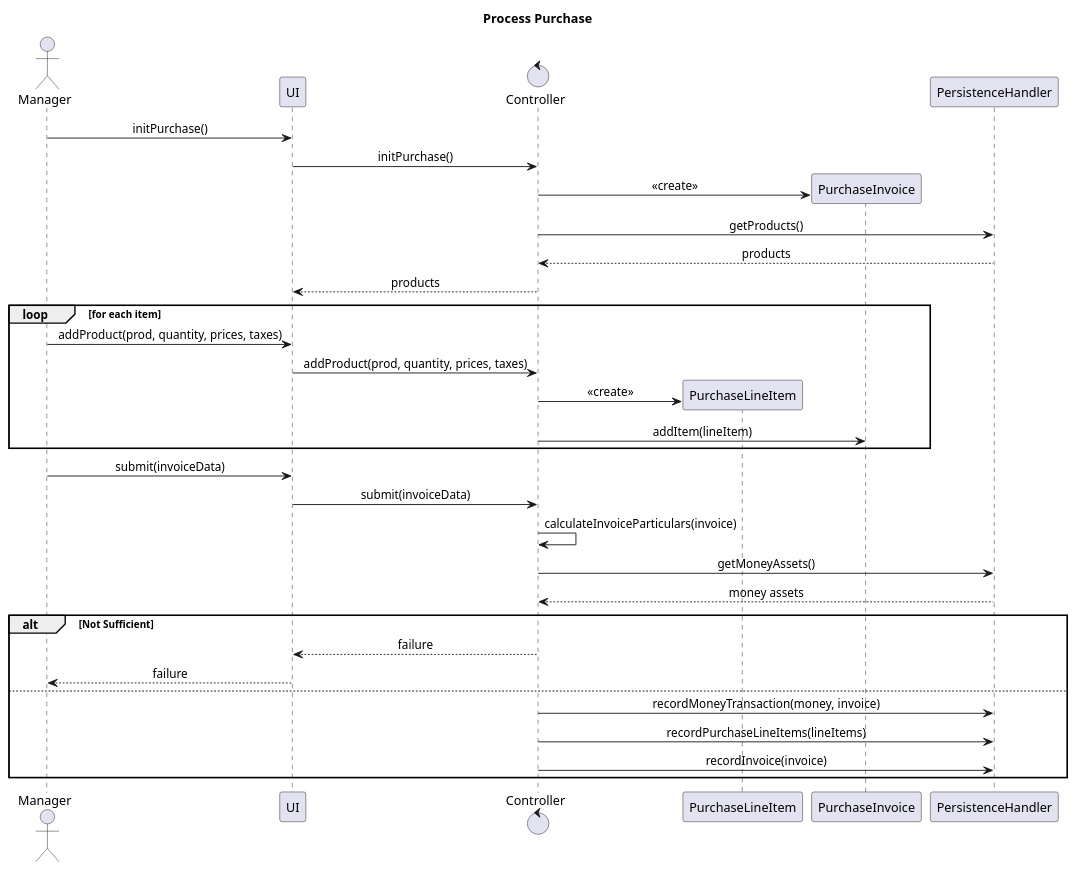
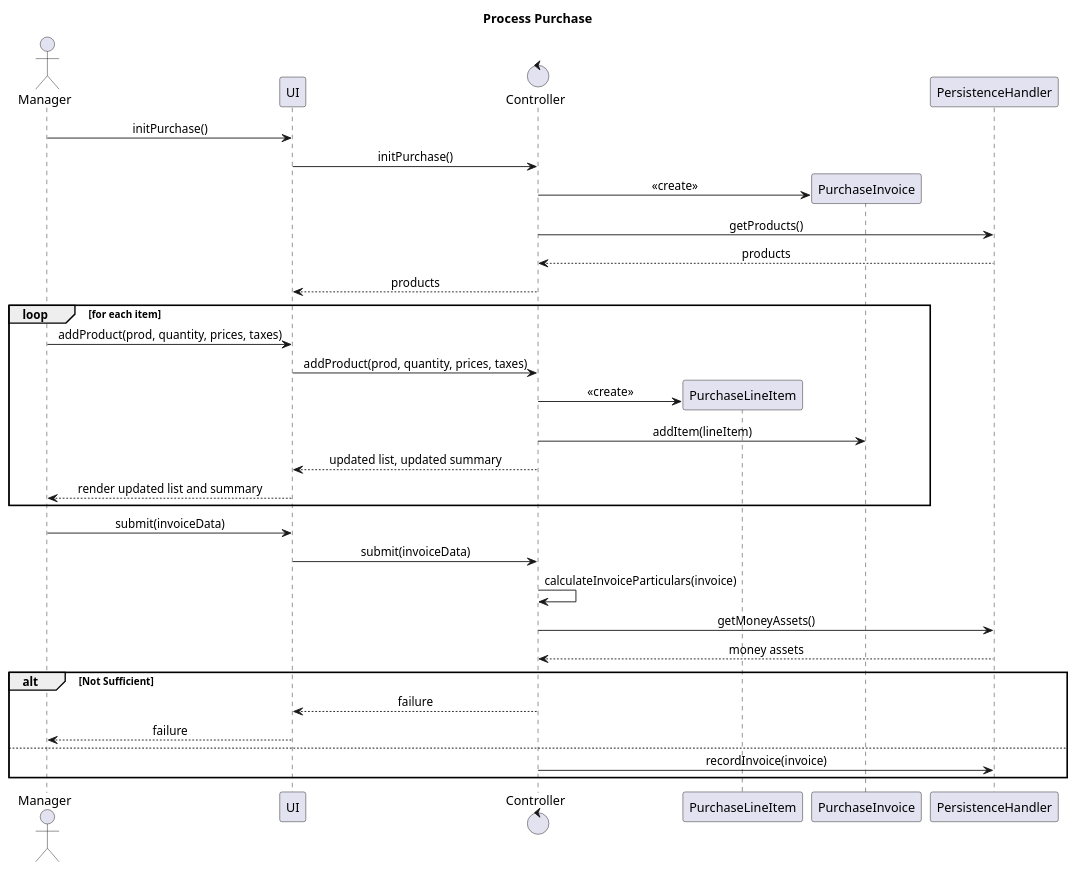
Before and after one commit to kabeer008/SystemDesignProject: the diagram in processPurchase.puml, drawn with PlantUML. The commit also changed 2 other files, not shown here.

Commit message:
Order Record SD Added

```diff
--- a/processPurchase.puml
+++ b/processPurchase.puml
@@ -1,54 +1,55 @@
 @startuml Process Purchase
 title Process Purchase
 
 skinparam sequenceMessageAlign center
 
 actor Manager
 participant UI
 control Controller
 
 Manager->UI: initPurchase()
 UI->Controller: initPurchase()
 
 create participant PurchaseInvoice
 Controller->PurchaseInvoice: <<create>>
 
 Controller->PersistenceHandler: getProducts()
 PersistenceHandler-->Controller: products
 Controller-->UI: products
 
 loop for each item
 
     Manager->UI: addProduct(prod, quantity, prices, taxes)
     UI->Controller: addProduct(prod, quantity, prices, taxes)
 
     create participant PurchaseLineItem
     Controller->PurchaseLineItem: <<create>>
     Controller->PurchaseInvoice: addItem(lineItem)
 
+    Controller-->UI: updated list, updated summary
+    UI-->Manager: render updated list and summary
+
 end
 
 Manager->UI: submit(invoiceData)
 UI->Controller: submit(invoiceData)
 
 Controller->Controller: calculateInvoiceParticulars(invoice)
 Controller->PersistenceHandler: getMoneyAssets()
 PersistenceHandler-->Controller: money assets
 
 alt Not Sufficient
     Controller-->UI: failure
     UI-->Manager: failure
 
 else
-    Controller->PersistenceHandler: recordMoneyTransaction(money, invoice)
-    Controller->PersistenceHandler: recordPurchaseLineItems(lineItems)
     Controller->PersistenceHandler: recordInvoice(invoice)
 
 end
 
 participant PurchaseLineItem
 participant PurchaseInvoice
 participant PersistenceHandler
 
 
 @enduml
```
